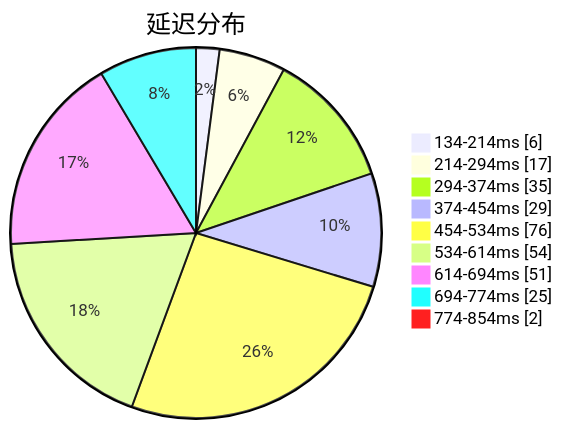
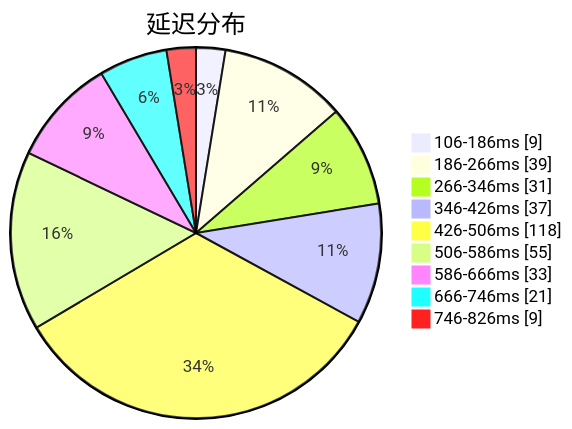
Before and after one commit to sinspired/airport: the first of 3 diagrams in subs/statistics/tested_within.md, drawn with Mermaid. The commit also changed other lines of this file and 2 other files, not shown here.

````diff
--- a/subs/statistics/tested_within.md
+++ b/subs/statistics/tested_within.md
@@ -2,13 +2,13 @@
 ```mermaid
 pie showData
 title 延迟分布
-"134-214ms" : 6
-"214-294ms" : 17
-"294-374ms" : 35
-"374-454ms" : 29
-"454-534ms" : 76
-"534-614ms" : 54
-"614-694ms" : 51
-"694-774ms" : 25
-"774-854ms" : 2
+"106-186ms" : 9
+"186-266ms" : 39
+"266-346ms" : 31
+"346-426ms" : 37
+"426-506ms" : 118
+"506-586ms" : 55
+"586-666ms" : 33
+"666-746ms" : 21
+"746-826ms" : 9
 ```
````
